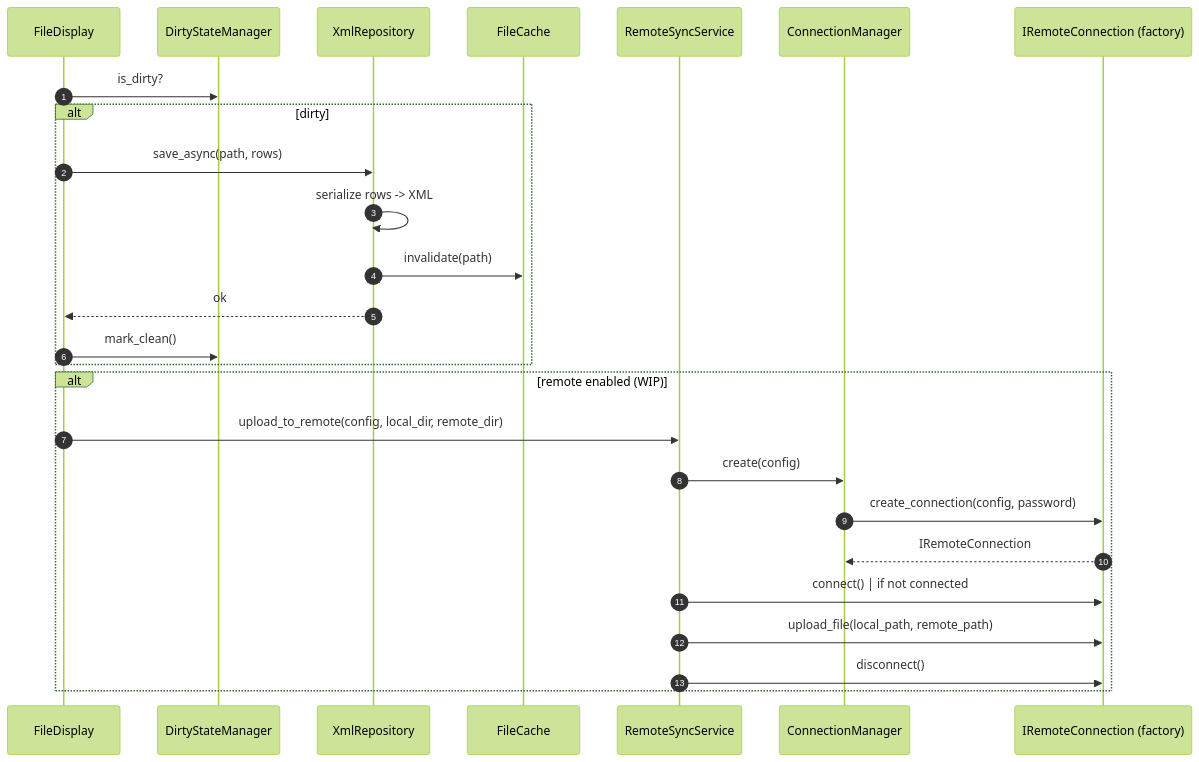
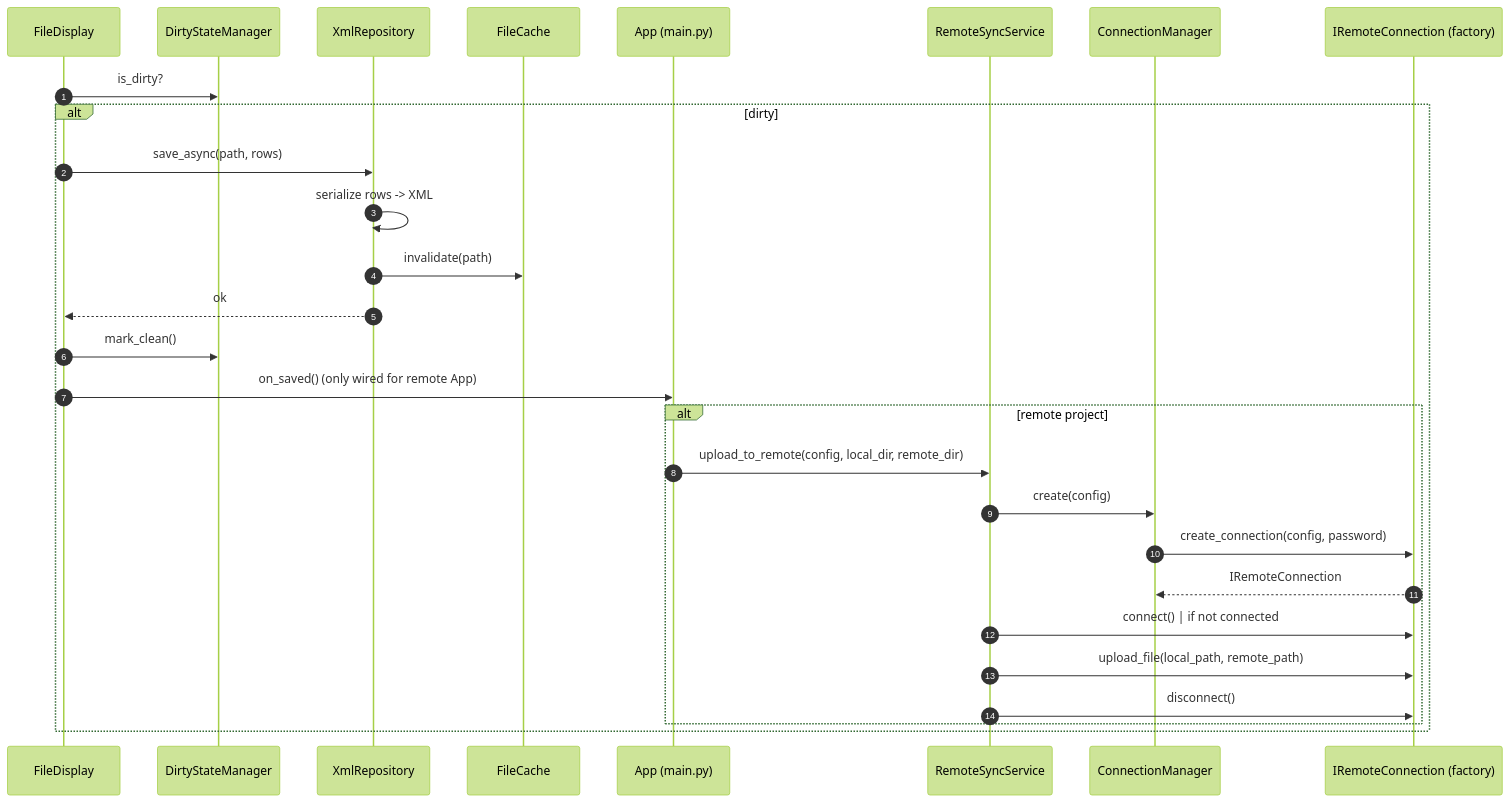
Before and after one commit to qotique/yetee: the diagram in docs/diagrams/sequence-save.md, drawn with Mermaid (forest theme). The commit also changed other lines of this file and 28 other files, not shown here.

First line of the commit message:
feat: add remote SSH/FTP connections with auto-upload

````diff
--- a/docs/diagrams/sequence-save.md
+++ b/docs/diagrams/sequence-save.md
@@ -9,30 +12,31 @@
 ```mermaid
 sequenceDiagram
     autonumber
     participant FD as FileDisplay
     participant D as DirtyStateManager
     participant R as XmlRepository
     participant C as FileCache
+    participant A as App (main.py)
     participant RSS as RemoteSyncService
     participant CM as ConnectionManager
     participant F as IRemoteConnection (factory)
 
     FD->>D: is_dirty?
     alt dirty
         FD->>R: save_async(path, rows)
         R->>R: serialize rows -> XML
         R->>C: invalidate(path)
         R-->>FD: ok
         FD->>D: mark_clean()
-    end
-
-    alt remote enabled (WIP)
-        FD->>RSS: upload_to_remote(config, local_dir, remote_dir)
-        RSS->>CM: create(config)
-        CM->>F: create_connection(config, password)
-        F-->>CM: IRemoteConnection
-        RSS->>F: connect()          | if not connected
-        RSS->>F: upload_file(local_path, remote_path)
-        RSS->>F: disconnect()
+        FD->>A: on_saved()          (only wired for remote App)
+        alt remote project
+            A->>RSS: upload_to_remote(config, local_dir, remote_dir)
+            RSS->>CM: create(config)
+            CM->>F: create_connection(config, password)
+            F-->>CM: IRemoteConnection
+            RSS->>F: connect()          | if not connected
+            RSS->>F: upload_file(local_path, remote_path)
+            RSS->>F: disconnect()
+        end
     end
 ```
````
